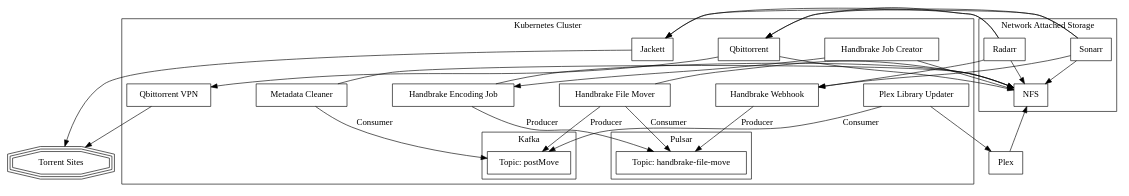
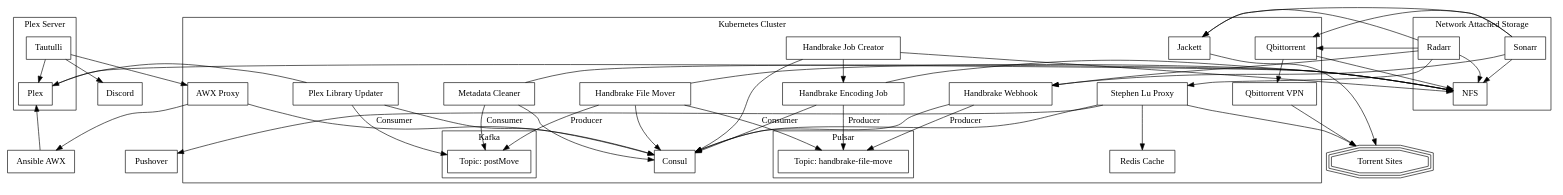
Before and after one commit to chrisjohnson00/diagrams: the diagram in handbrake-workflow/handbrake-workflow.gv, drawn with Graphviz. The commit also changed 1 other file, not shown here.

Commit message:
feat: additional components in the diagram (#2)
* feat: additional components in the diagram

* chore: updating graphviz png files

```diff
--- a/handbrake-workflow/handbrake-workflow.gv
+++ b/handbrake-workflow/handbrake-workflow.gv
@@ -1,62 +1,91 @@
 digraph G {
   node [shape="rect"]
   rankdir="TB";
   compound=true; nodesep=1.0;
 
-  plex [label="Plex"];
   internet [shape="tripleoctagon", label="Torrent Sites"];
+  discord [label="Discord"];
+  awx [label="Ansible AWX"];
+  pushover [label="Pushover"];
 
  subgraph cluster_k8s {
     label="Kubernetes Cluster";
     handbrakeWebHook [label="Handbrake Webhook"];
     handbrakeFileMover [label="Handbrake File Mover"];
     handbrakeJobCreator [label="Handbrake Job Creator"];
     handbrakeEncodingJob [label="Handbrake Encoding Job"];
     metadataCleaner [label="Metadata Cleaner"];
     qbittorrent [label="Qbittorrent"];
     qbittorrentVpn [label="Qbittorrent VPN"];
     jackett [label="Jackett"];
-    plexLibraryUpdater [label="Plex Library Updater"]
+    plexLibraryUpdater [label="Plex Library Updater"];
+    awxProxy [label="AWX Proxy"];
+    consul [label="Consul"];
+    stephenluProxy [label="Stephen Lu Proxy"];
+    redis [label="Redis Cache"];
     subgraph cluster_pulsar {
         label="Pulsar"
         handbrakeFileMoveTopic [label="Topic: handbrake-file-move"];
         }
     subgraph cluster_kafka {
         label="Kafka"
         postMoveTopic [label="Topic: postMove"];
         }
     }
 
   subgraph cluster_nas {
     label="Network Attached Storage"
     sonarr [label="Sonarr"];
     radarr [label="Radarr"];
     nfs [label="NFS"];
     }
 
+  subgraph cluster_nfs1 {
+    label="Plex Server"
+      plex [label="Plex"];
+      tautulli [label="Tautulli"];
+    }
+
     plex -> nfs;
     jackett -> internet;
     qbittorrent -> qbittorrentVpn;
+    qbittorrent -> nfs;
     qbittorrentVpn -> internet;
-    qbittorrent -> nfs;
     sonarr -> jackett;
+    sonarr -> qbittorrent;
+    sonarr -> handbrakeWebHook;
+    sonarr -> nfs;
     radarr -> jackett;
-    sonarr -> qbittorrent;
     radarr -> qbittorrent;
-    sonarr -> handbrakeWebHook;
     radarr -> handbrakeWebHook;
-    sonarr -> nfs;
     radarr -> nfs;
+    radarr -> stephenluProxy;
     handbrakeWebHook -> handbrakeFileMoveTopic [label="Producer"];
+    handbrakeWebHook -> consul;
     handbrakeFileMover -> handbrakeFileMoveTopic [label="Consumer"];
     handbrakeFileMover -> nfs;
+    handbrakeFileMover -> consul;
+    handbrakeFileMover -> postMoveTopic [label="Producer"];
     handbrakeJobCreator -> nfs;
     handbrakeJobCreator -> handbrakeEncodingJob;
+    handbrakeJobCreator -> consul;
     handbrakeEncodingJob -> handbrakeFileMoveTopic [label="Producer"];
     handbrakeEncodingJob -> nfs;
-    handbrakeFileMover -> postMoveTopic [label="Producer"];
+    handbrakeEncodingJob -> consul;
     metadataCleaner -> postMoveTopic [label="Consumer"];
     metadataCleaner -> nfs;
+    metadataCleaner -> consul;
     plexLibraryUpdater -> postMoveTopic [label="Consumer"];
     plexLibraryUpdater -> plex;
+    plexLibraryUpdater -> consul;
+    tautulli -> plex;
+    tautulli -> discord;
+    tautulli -> awxProxy;
+    awxProxy -> awx;
+    awxProxy -> consul;
+    awx -> plex;
+    stephenluProxy -> internet;
+    stephenluProxy -> consul;
+    stephenluProxy -> redis;
+    stephenluProxy -> pushover;
 }
```
